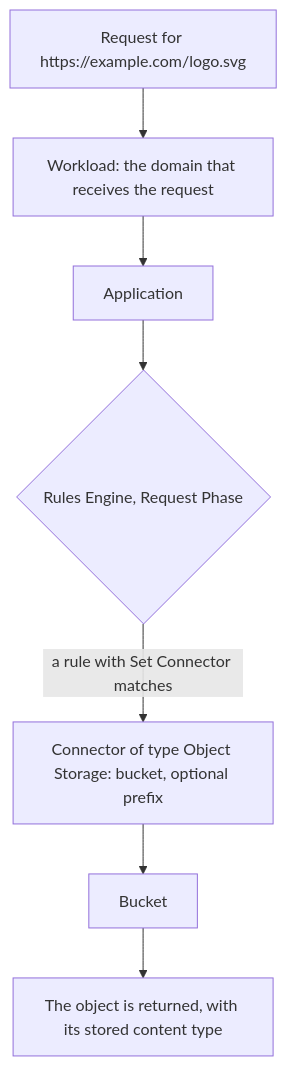
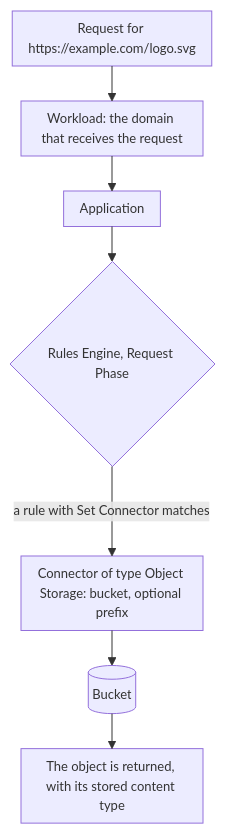
The diagram in apps/docs/src/content/docs/en/pages/store/object-storage/how-it-works.mdx (aziontech/docs), drawn with Mermaid before and after one commit. The commit also changed 179 other files, not shown here.

Commit message:
docs(diagrams): redraw every other diagram in the use-case diagram style (#2513)

````diff
--- a/apps/docs/src/content/docs/en/pages/store/object-storage/how-it-works.mdx
+++ b/apps/docs/src/content/docs/en/pages/store/object-storage/how-it-works.mdx
@@ -43,9 +43,10 @@
 ```mermaid
+%%{init: {"layout": "elk", "themeVariables": {"fontSize": "13px"}, "flowchart": {"nodeSpacing": 24, "rankSpacing": 36, "padding": 8, "wrappingWidth": 150, "useMaxWidth": true}, "sequence": {"width": 120, "actorMargin": 30, "useMaxWidth": true}}}%%
 flowchart TD
   Request["Request for https://example.com/logo.svg"] --> Workload["Workload: the domain that receives the request"]
   Workload --> App["Application"]
   App --> Rules{"Rules Engine, Request Phase"}
   Rules -->|"a rule with Set Connector matches"| Connector["Connector of type Object Storage: bucket, optional prefix"]
-  Connector --> Bucket["Bucket"]
+  Connector --> Bucket[("Bucket")]
   Bucket --> Object["The object is returned, with its stored content type"]
 ```
````
